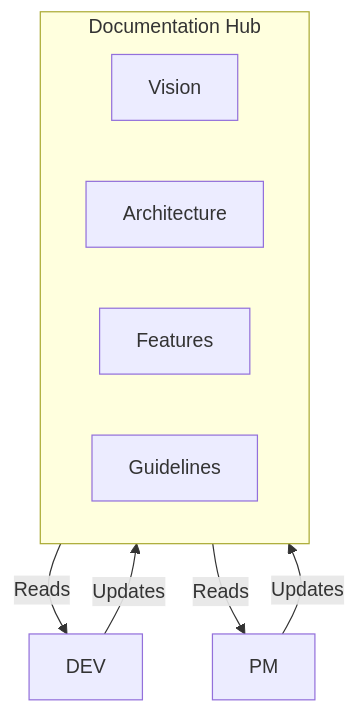
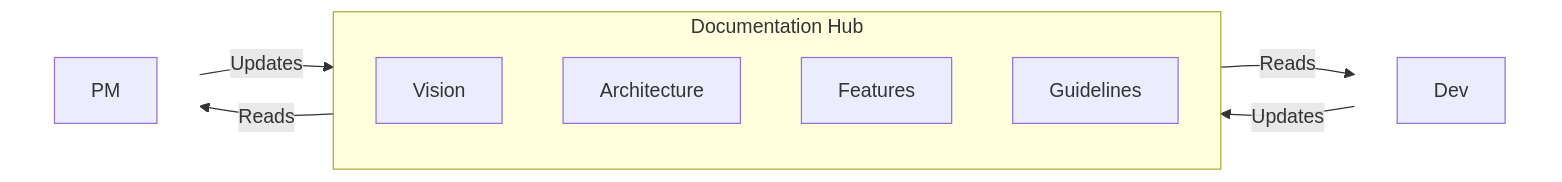
The fifth of 7 diagrams in slides.md (JulienDeray/Vibe-Coding-Done-Right), drawn with Mermaid before and after one commit. The commit also changed other lines of this file and 1 other file, not shown here.

First line of the commit message:
Update slide diagrams and add double diamond image

````diff
--- a/slides.md
+++ b/slides.md
@@ -234,14 +234,25 @@
 ```mermaid {scale: 0.6}
-flowchart TD
+flowchart LR
+    subgraph LEFT[" "]
+        Dev
+    end
+
     subgraph BRAIN["Documentation Hub"]
         V[Vision]
         A[Architecture]
         F[Features]
         G[Guidelines]
     end
 
-    PM --> |Updates| BRAIN
-    BRAIN --> |Reads| DEV
-    DEV --> |Updates| BRAIN
-    BRAIN --> |Reads| PM
+    subgraph RIGHT[" "]
+        PM
+    end
+
+    LEFT --> |Updates| BRAIN
+    BRAIN --> |Reads| RIGHT
+    RIGHT --> |Updates| BRAIN
+    BRAIN --> |Reads| LEFT
+
+    style LEFT fill:none,stroke:none
+    style RIGHT fill:none,stroke:none
 ```
````
